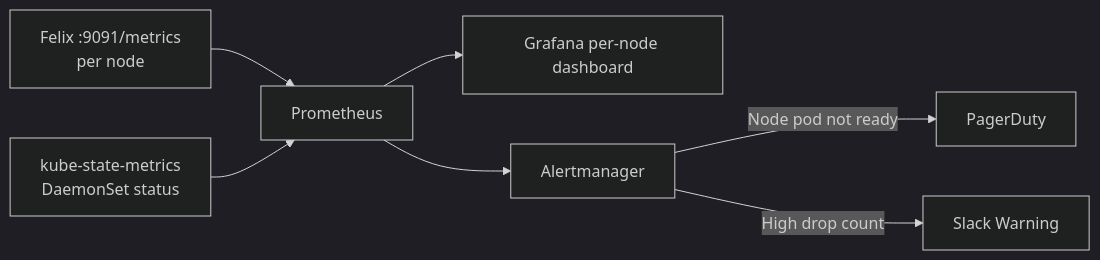
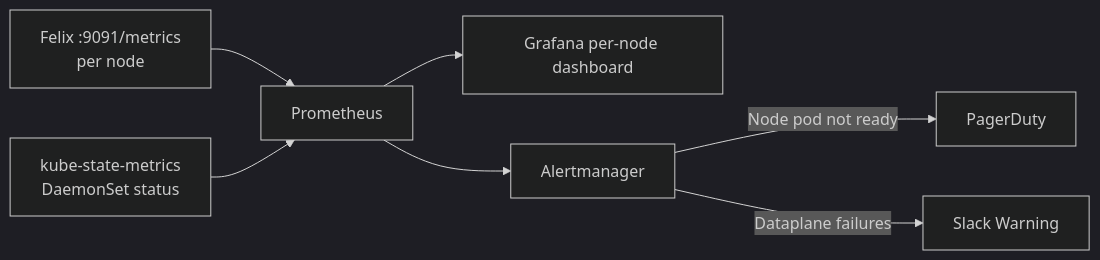
One commit to OneUptime/blog changed the diagram in posts/2026-03-13-monitor-calico-node-diagnostics/README.md. Above: the diagram before and after it, drawn with Mermaid (dark theme). The commit also changed other lines of this file and 2 other files, not shown here.

````diff
--- a/posts/2026-03-13-monitor-calico-node-diagnostics/README.md
+++ b/posts/2026-03-13-monitor-calico-node-diagnostics/README.md
@@ -100,9 +125,9 @@
 ```mermaid
 flowchart LR
     A[Felix :9091/metrics\nper node] --> B[Prometheus]
     C[kube-state-metrics\nDaemonSet status] --> B
     B --> D[Grafana per-node dashboard]
     B --> E[Alertmanager]
     E -->|Node pod not ready| F[PagerDuty]
-    E -->|High drop count| G[Slack Warning]
+    E -->|Dataplane failures| G[Slack Warning]
 ```
````
